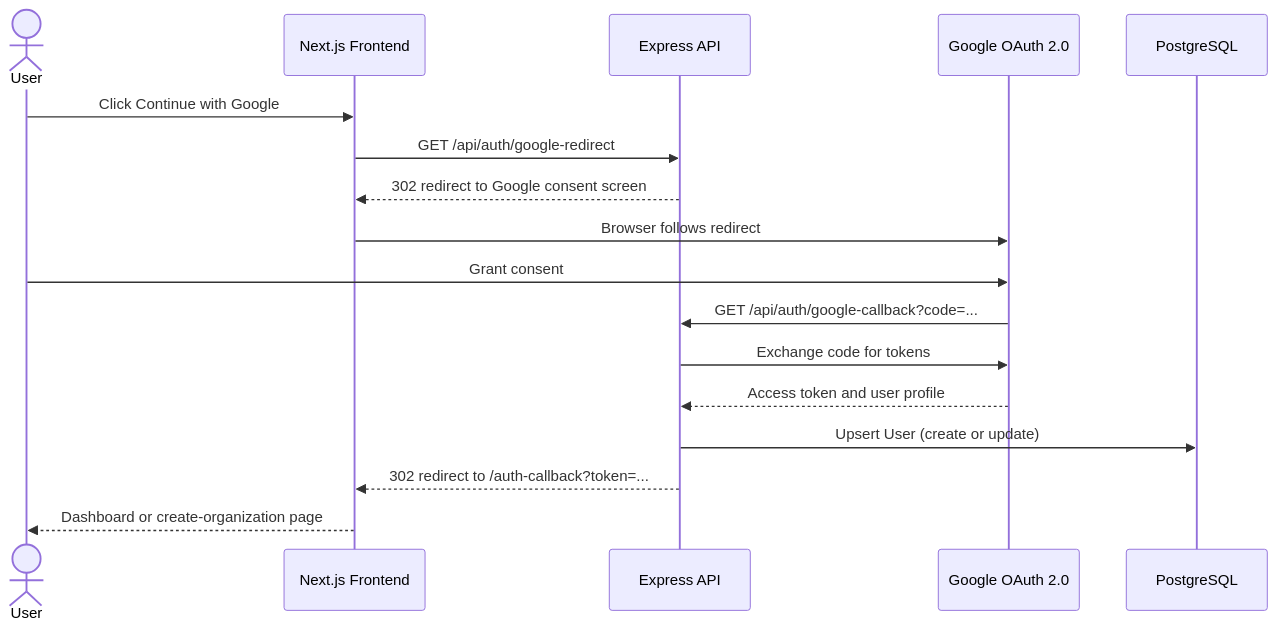
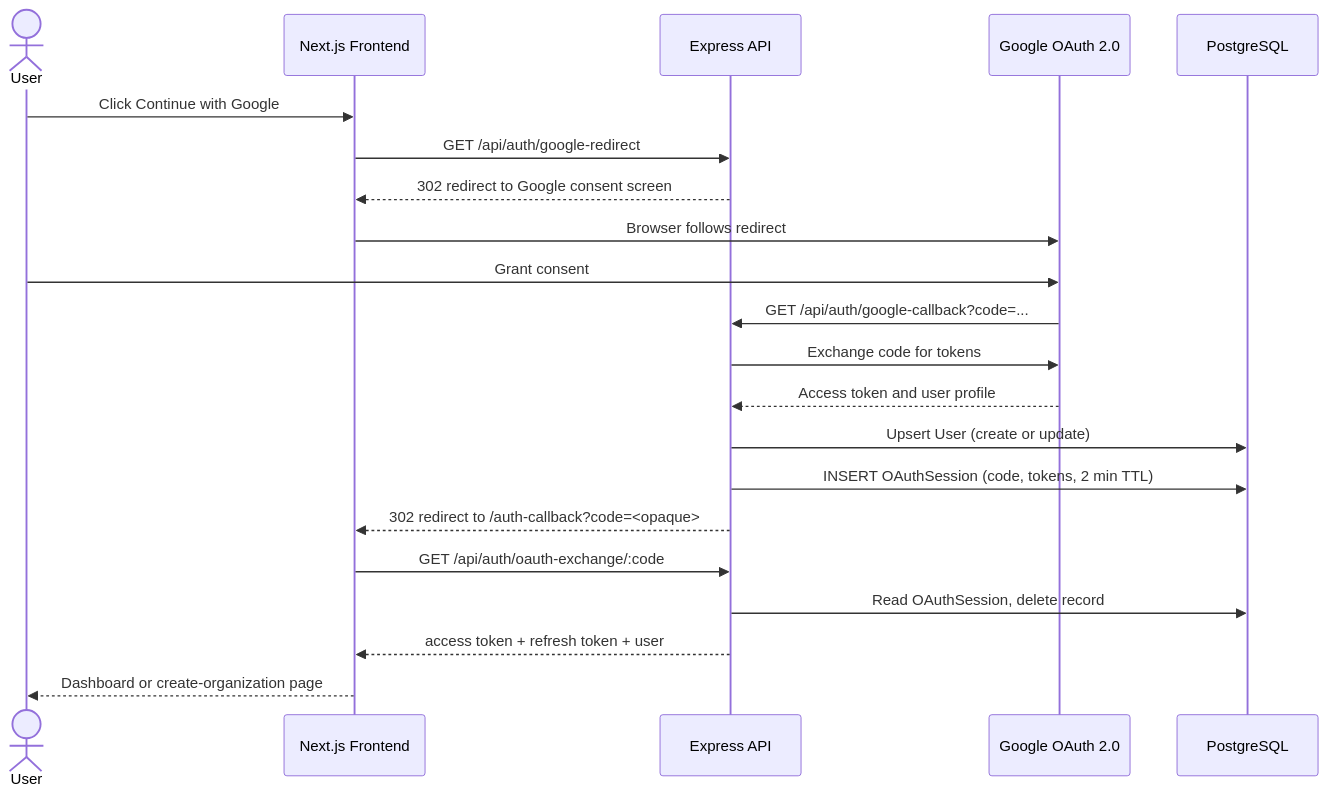
The third of 15 diagrams in README.md (oyedokunken/traqify), drawn with Mermaid before and after one commit. The commit also changed other lines of this file and 2 other files, not shown here.

````diff
--- a/README.md
+++ b/README.md
@@ -140,20 +141,24 @@
 ```mermaid
 sequenceDiagram
     actor User
     participant FE as Next.js Frontend
     participant API as Express API
     participant GOOGLE as Google OAuth 2.0
     participant DB as PostgreSQL
 
     User->>FE: Click Continue with Google
     FE->>API: GET /api/auth/google-redirect
     API-->>FE: 302 redirect to Google consent screen
     FE->>GOOGLE: Browser follows redirect
     User->>GOOGLE: Grant consent
     GOOGLE->>API: GET /api/auth/google-callback?code=...
     API->>GOOGLE: Exchange code for tokens
     GOOGLE-->>API: Access token and user profile
     API->>DB: Upsert User (create or update)
-    API-->>FE: 302 redirect to /auth-callback?token=...
+    API->>DB: INSERT OAuthSession (code, tokens, 2 min TTL)
+    API-->>FE: 302 redirect to /auth-callback?code=<opaque>
+    FE->>API: GET /api/auth/oauth-exchange/:code
+    API->>DB: Read OAuthSession, delete record
+    API-->>FE: access token + refresh token + user
     FE-->>User: Dashboard or create-organization page
 ```
````
